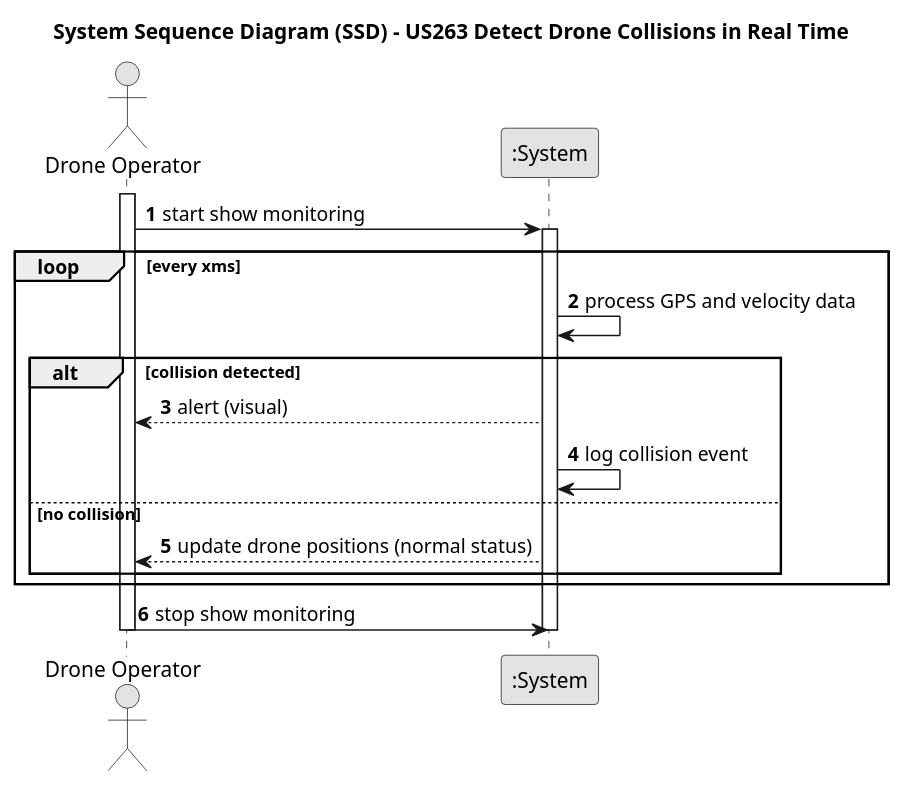
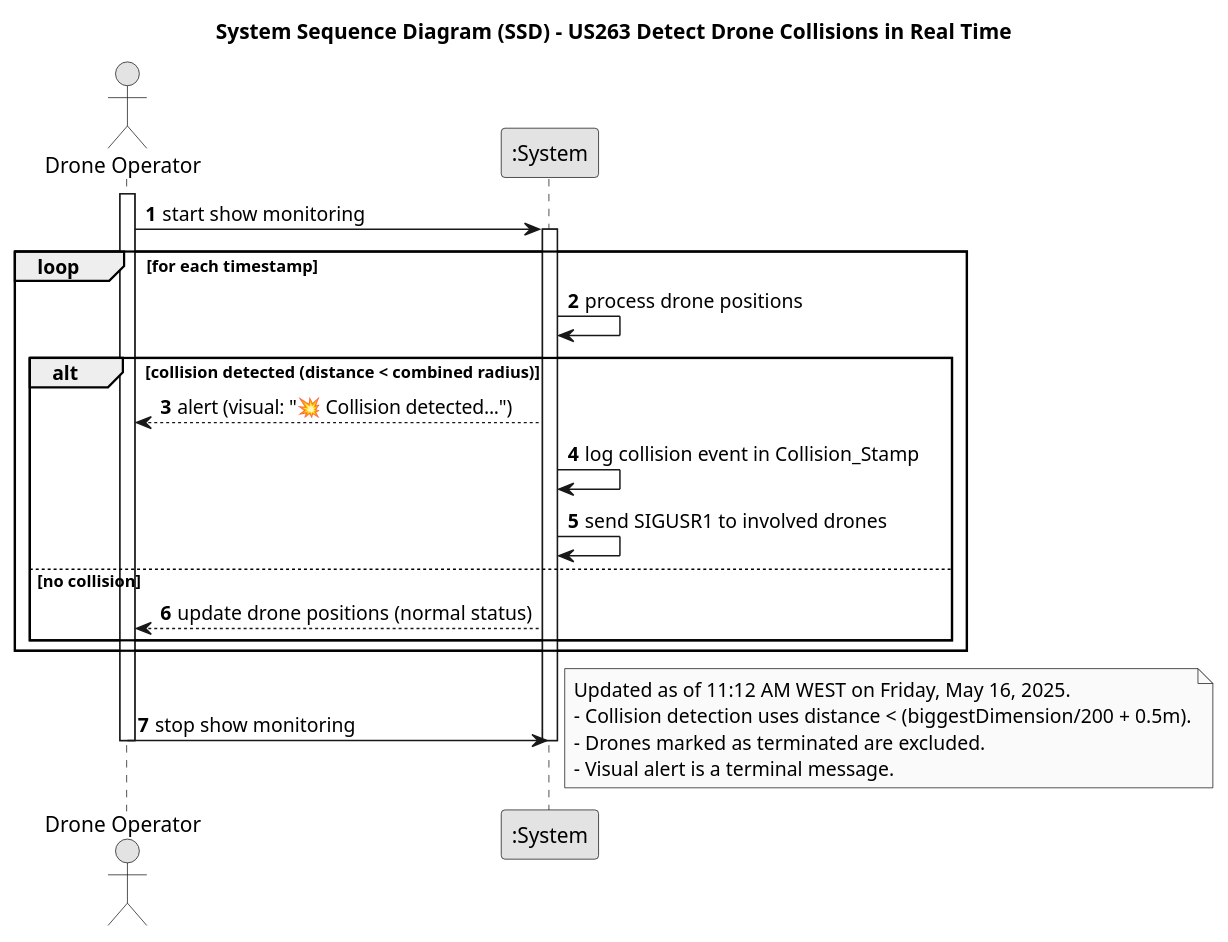
Before and after one commit to SAEmanuel/Shodrone_ISEP: the diagram in docs/planning/sprint2/SCOMP/project/documentation/US263 -  Detect drone collisions in real time/01.requirements-engineering/puml/us263-sequence-diagram.puml, drawn with PlantUML. The commit also changed 2 other files, not shown here.

Commit message:
[US263 - 1.Requirements Engineering - Issue #1/#3/#19] Requirements Engineering for drone collision in real time small modifications

```diff
--- a/docs/planning/sprint2/SCOMP/project/documentation/US263 -  Detect drone collisions in real time/01.requirements-engineering/puml/us263-sequence-diagram.puml
+++ b/docs/planning/sprint2/SCOMP/project/documentation/US263 -  Detect drone collisions in real time/01.requirements-engineering/puml/us263-sequence-diagram.puml
@@ -1,33 +1,36 @@
 @startuml
 skinparam monochrome true
 skinparam packageStyle rectangle
 skinparam shadowing false
 
 title System Sequence Diagram (SSD) - US263 Detect Drone Collisions in Real Time
 
 autonumber
 
 actor "Drone Operator" as Operator
 participant ":System" as System
 
 activate Operator
 
 Operator -> System: start show monitoring
 activate System
 
-loop every xms
-System -> System: process GPS and velocity data
-alt collision detected
-System --> Operator: alert (visual)
-System -> System: log collision event
+loop for each timestamp
+System -> System: process drone positions
+alt collision detected (distance < combined radius)
+System --> Operator: alert (visual: "💥 Collision detected...")
+System -> System: log collision event in Collision_Stamp
+System -> System: send SIGUSR1 to involved drones
 else no collision
 System --> Operator: update drone positions (normal status)
 end alt
 end loop
 
 Operator -> System: stop show monitoring
 deactivate System
 
 deactivate Operator
 
+note right: Updated as of 11:12 AM WEST on Friday, May 16, 2025.\n- Collision detection uses distance < (biggestDimension/200 + 0.5m).\n- Drones marked as terminated are excluded.\n- Visual alert is a terminal message.
+
 @enduml
```
